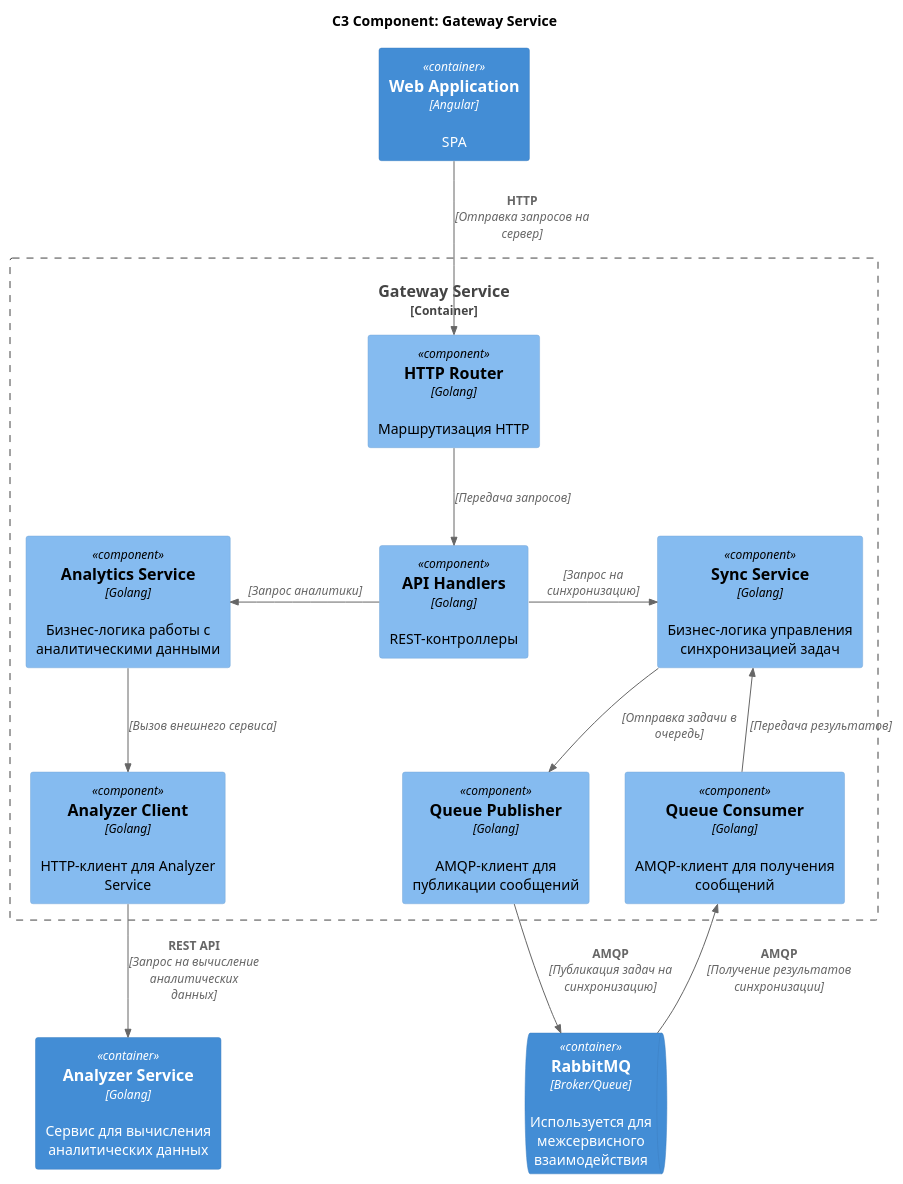
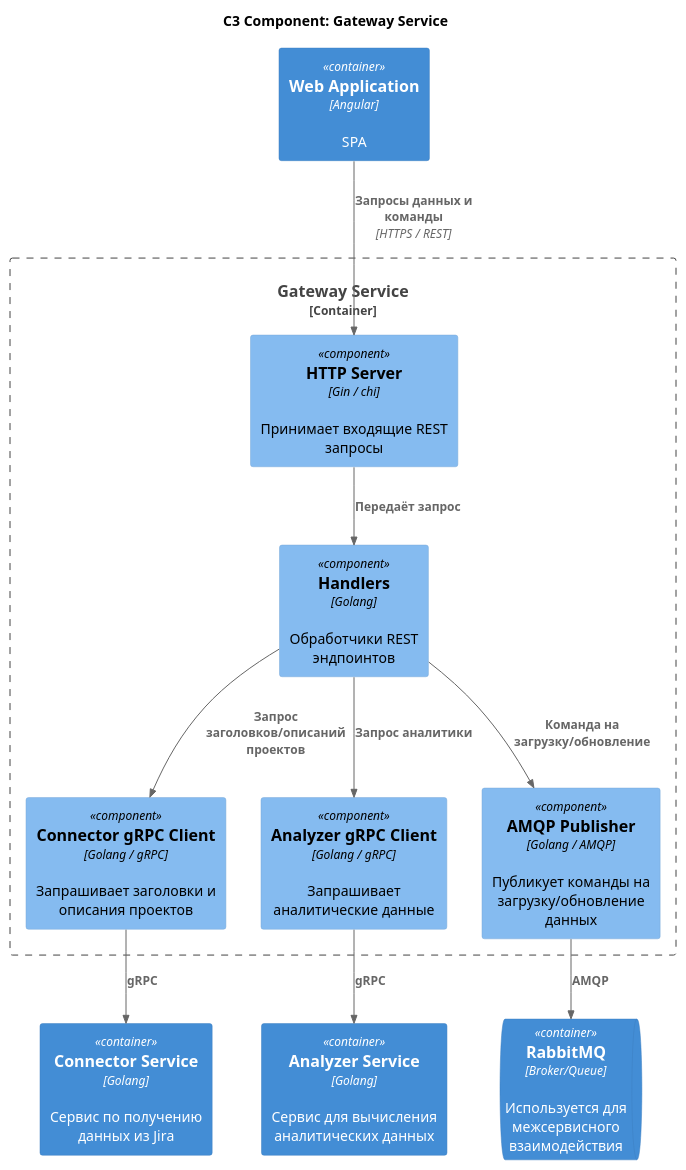
One commit to Go-Yadro-Group-1/docs changed the diagram in diagramm/C3/gateway_component.puml. Above: the diagram before and after it, drawn with PlantUML. The commit also changed 1 other file, not shown here.

```diff
--- a/diagramm/C3/gateway_component.puml
+++ b/diagramm/C3/gateway_component.puml
@@ -1,37 +1,28 @@
 @startuml
 !include https://raw.githubusercontent.com/plantuml-stdlib/C4-PlantUML/master/C4_Component.puml
 
 title C3 Component: Gateway Service
 
 Container_Boundary(gateway, "Gateway Service") {
-    Component(router, "HTTP Router", "Golang", "Маршрутизация HTTP")
-
-    Component(handlers, "API Handlers", "Golang", "REST-контроллеры")
-
-    Component(analytics_service, "Analytics Service", "Golang", "Бизнес-логика работы с аналитическими данными")
-    Component(sync_service, "Sync Service", "Golang", "Бизнес-логика управления синхронизацией задач")
-
-    Component(analyzer_client, "Analyzer Client", "Golang", "HTTP-клиент для Analyzer Service")
-    Component(queue_publisher, "Queue Publisher", "Golang", "AMQP-клиент для публикации сообщений")
-    Component(queue_consumer, "Queue Consumer", "Golang", "AMQP-клиент для получения сообщений")
+    Component(server, "HTTP Server", "Gin / chi", "Принимает входящие REST запросы")
+Component(handlers, "Handlers", "Golang", "Обработчики REST эндпоинтов")
+    Component(connector_client, "Connector gRPC Client", "Golang / gRPC", "Запрашивает заголовки и описания проектов")
+    Component(analyzer_client, "Analyzer gRPC Client", "Golang / gRPC", "Запрашивает аналитические данные")
+    Component(amqp_publisher, "AMQP Publisher", "Golang / AMQP", "Публикует команды на загрузку/обновление данных")
 }
 
-ContainerQueue(queue, "RabbitMQ", "Broker/Queue", "Используется для межсервисного взаимодействия")
 Container(webapp, "Web Application", "Angular", "SPA")
 Container(analyzer, "Analyzer Service", "Golang", "Сервис для вычисления аналитических данных")
+Container(connector, "Connector Service", "Golang", "Сервис по получению данных из Jira")
+ContainerQueue(queue, "RabbitMQ", "Broker/Queue", "Используется для межсервисного взаимодействия")
 
-Rel_D(webapp, router, "HTTP", "Отправка запросов на сервер")
-Rel_D(router, handlers, "", "Передача запросов")
-
-Rel_L(handlers, analytics_service, "", "Запрос аналитики")
-Rel_R(handlers, sync_service, "", "Запрос на синхронизацию")
-
-Rel_D(analytics_service, analyzer_client, "", "Вызов внешнего сервиса")
-Rel_D(sync_service, queue_publisher, "", "Отправка задачи в очередь")
-
-Rel_D(analyzer_client, analyzer, "REST API", "Запрос на вычисление аналитических данных")
-Rel_D(queue_publisher, queue, "AMQP", "Публикация задач на синхронизацию")
-Rel_U(queue, queue_consumer, "AMQP", "Получение результатов синхронизации")
-Rel_U(queue_consumer, sync_service, "", "Передача результатов")
+Rel(webapp, server, "Запросы данных и команды", "HTTPS / REST")
+Rel(server, handlers, "Передаёт запрос")
+Rel(handlers, connector_client, "Запрос заголовков/описаний проектов")
+Rel(handlers, analyzer_client, "Запрос аналитики")
+Rel(handlers, amqp_publisher, "Команда на загрузку/обновление")
+Rel(connector_client, connector, "gRPC")
+Rel(analyzer_client, analyzer, "gRPC")
+Rel(amqp_publisher, queue, "AMQP")
 
 @enduml
```
